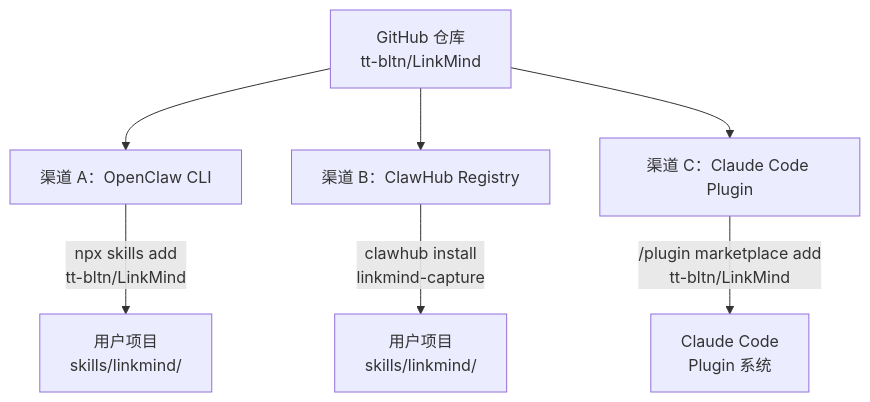
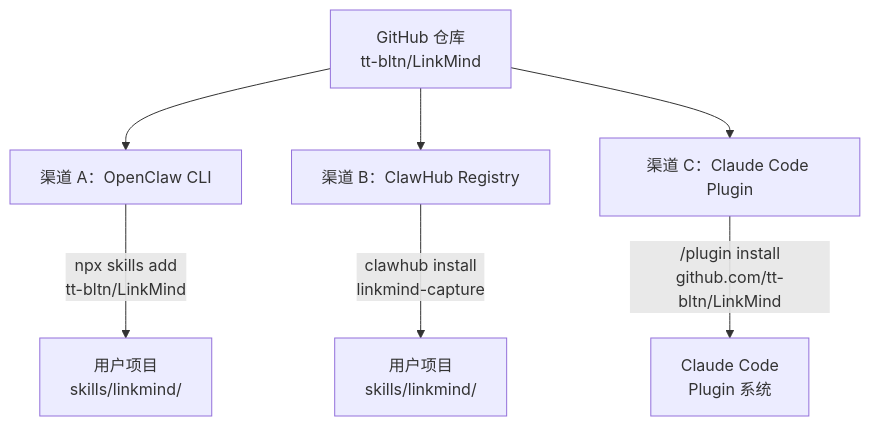
Before and after one commit to tt-bltn/LinkMind: the eighth of 9 diagrams in docs/ARCH.md, drawn with Mermaid. The commit also changed other lines of this file and 6 other files, not shown here.

First line of the commit message:
chore: adopt standard Claude Code plugin manifest and add CHANGELOG

````diff
--- a/docs/ARCH.md
+++ b/docs/ARCH.md
@@ -333,10 +360,10 @@
 ```mermaid
 flowchart TD
     Repo["GitHub 仓库<br/>tt-bltn/LinkMind"] --> ChA["渠道 A：OpenClaw CLI"]
     Repo --> ChB["渠道 B：ClawHub Registry"]
     Repo --> ChC["渠道 C：Claude Code Plugin"]
 
     ChA --> |"npx skills add<br/>tt-bltn/LinkMind"| UserA["用户项目<br/>skills/linkmind/"]
     ChB --> |"clawhub install<br/>linkmind-capture"| UserB["用户项目<br/>skills/linkmind/"]
-    ChC --> |"/plugin marketplace add<br/>tt-bltn/LinkMind"| UserC["Claude Code<br/>Plugin 系统"]
+    ChC --> |"/plugin install<br/>github.com/tt-bltn/LinkMind"| UserC["Claude Code<br/>Plugin 系统"]
 ```
````
